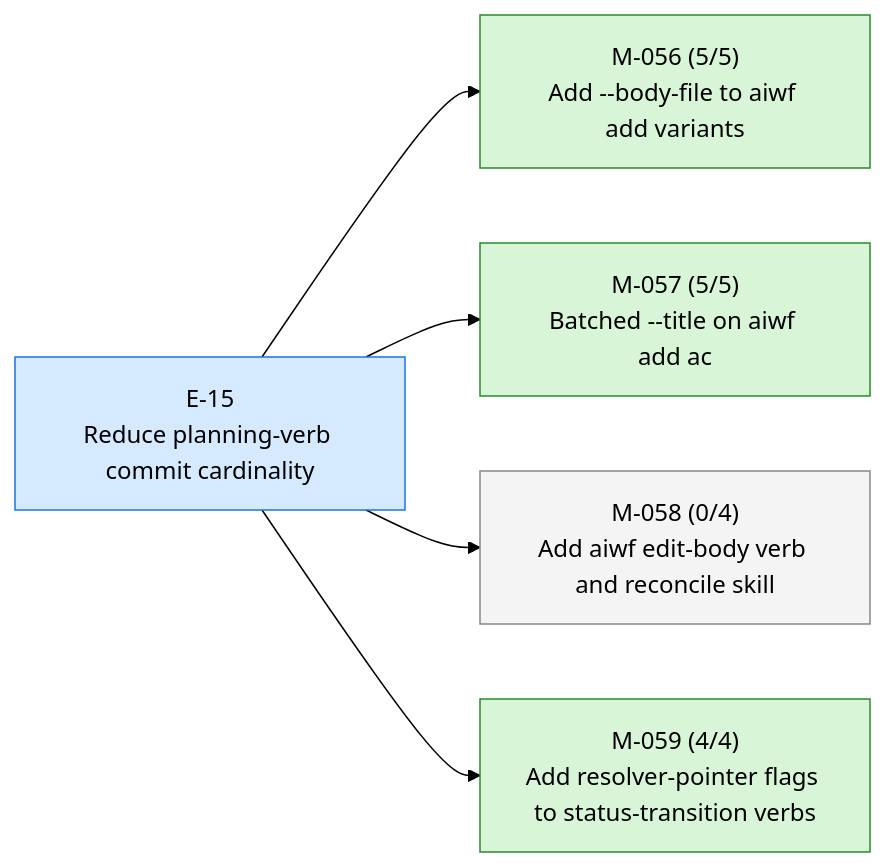
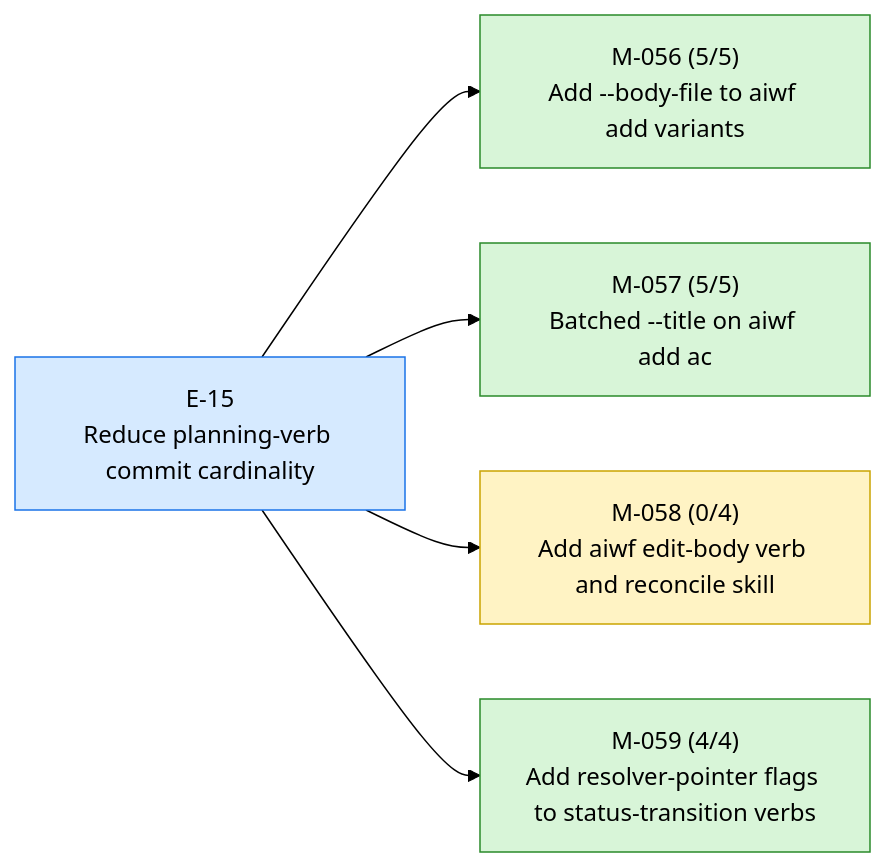
One commit to 23min/aiwf changed the first of 3 diagrams in STATUS.md. Above: the diagram before and after it, drawn with Mermaid (forest theme). The commit also changed other lines of this file and 1 other file, not shown here.

Commit message:
aiwf promote M-058 draft -> in_progress
aiwf-verb: promote
aiwf-entity: M-058
aiwf-actor: human/peter
aiwf-to: in_progress

````diff
--- a/STATUS.md
+++ b/STATUS.md
@@ -14,18 +14,18 @@
 ```mermaid
 flowchart LR
   E_15["E-15<br/>Reduce planning-verb commit cardinality"]:::epic_active
   M_056["M-056 (5/5)<br/>Add --body-file to aiwf add variants"]:::ms_done
   E_15 --> M_056
   M_057["M-057 (5/5)<br/>Batched --title on aiwf add ac"]:::ms_done
   E_15 --> M_057
-  M_058["M-058 (0/4)<br/>Add aiwf edit-body verb and reconcile skill"]:::ms_draft
+  M_058["M-058 (0/4)<br/>Add aiwf edit-body verb and reconcile skill"]:::ms_in_progress
   E_15 --> M_058
   M_059["M-059 (4/4)<br/>Add resolver-pointer flags to status-transition verbs"]:::ms_done
   E_15 --> M_059
   classDef epic_active fill:#d6eaff,stroke:#1a73e8,color:#000
   classDef epic_proposed fill:#f4f4f4,stroke:#888,color:#000
   classDef ms_done fill:#d8f5d8,stroke:#2a8a2a,color:#000
   classDef ms_in_progress fill:#fff3c4,stroke:#caa400,color:#000
   classDef ms_draft fill:#f4f4f4,stroke:#888,color:#000
   classDef ms_cancelled fill:#fbeaea,stroke:#c33,color:#000
 ```
````
